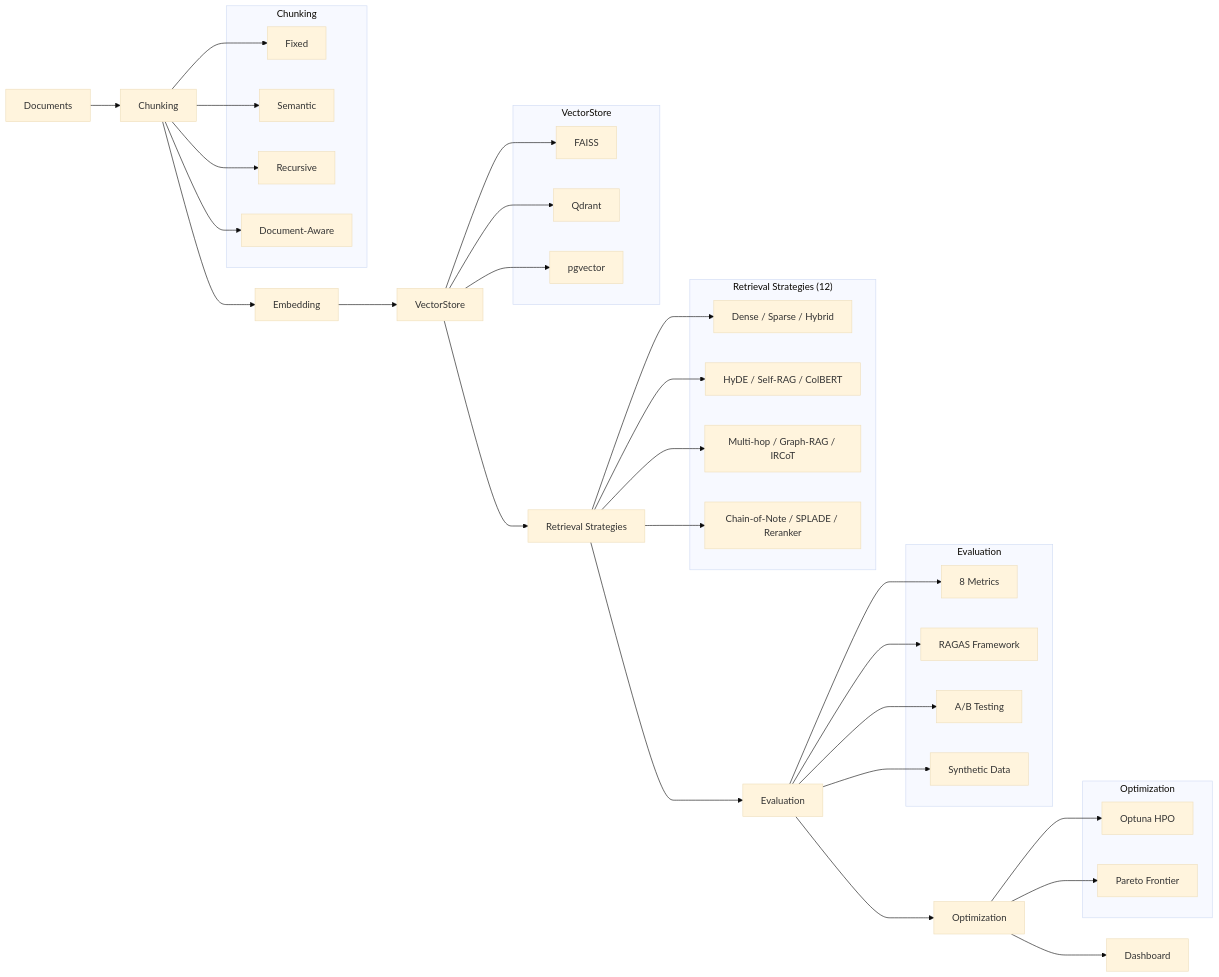
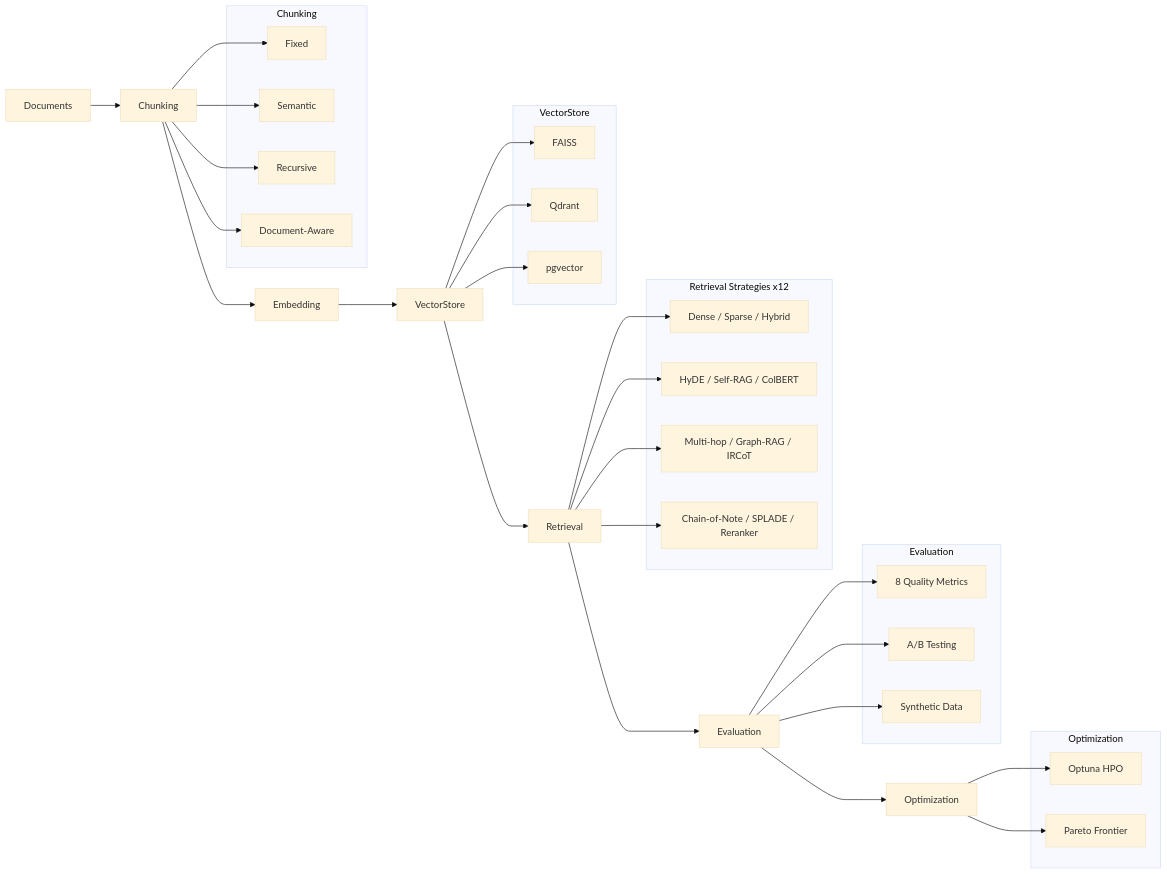
The diagram in README.md (JiwaniZakir/spectra), drawn with Mermaid (base theme) before and after one commit. The commit also changed other lines of this file, not shown here.

````diff
--- a/README.md
+++ b/README.md
@@ -20,48 +44,46 @@
 ```mermaid
 graph LR
     A[Documents] --> B[Chunking]
     B --> C[Embedding]
     C --> D[VectorStore]
-    D --> E[Retrieval Strategies]
+    D --> E[Retrieval]
     E --> F[Evaluation]
     F --> G[Optimization]
-    G --> H[Dashboard]
 
     subgraph Chunking
         B1[Fixed]
         B2[Semantic]
         B3[Recursive]
         B4[Document-Aware]
     end
 
     subgraph VectorStore
         D1[FAISS]
         D2[Qdrant]
         D3[pgvector]
     end
 
-    subgraph "Retrieval Strategies (12)"
+    subgraph "Retrieval Strategies x12"
         E1[Dense / Sparse / Hybrid]
         E2[HyDE / Self-RAG / ColBERT]
         E3[Multi-hop / Graph-RAG / IRCoT]
         E4[Chain-of-Note / SPLADE / Reranker]
     end
 
     subgraph Evaluation
-        F1[8 Metrics]
-        F2[RAGAS Framework]
-        F3[A/B Testing]
-        F4[Synthetic Data]
+        F1[8 Quality Metrics]
+        F2[A/B Testing]
+        F3[Synthetic Data]
     end
 
     subgraph Optimization
         G1[Optuna HPO]
         G2[Pareto Frontier]
     end
 
     B --> B1 & B2 & B3 & B4
     D --> D1 & D2 & D3
     E --> E1 & E2 & E3 & E4
-    F --> F1 & F2 & F3 & F4
+    F --> F1 & F2 & F3
     G --> G1 & G2
 ```
````
